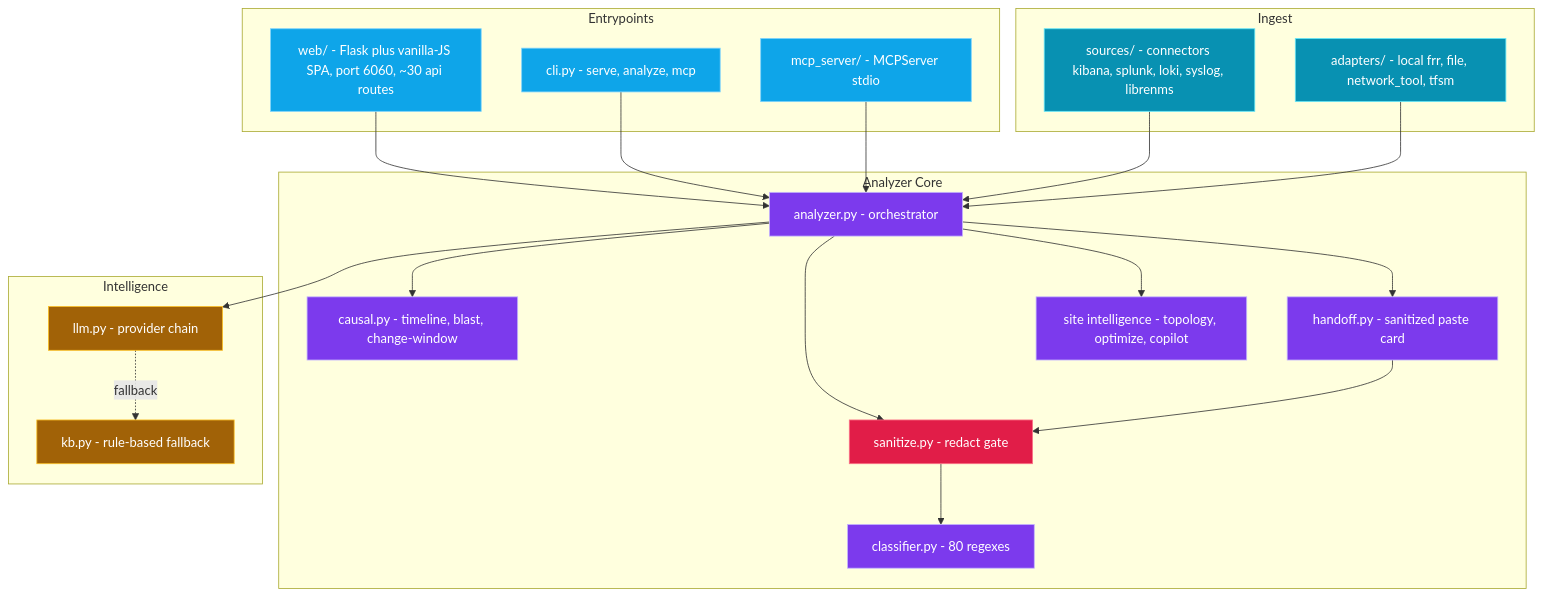
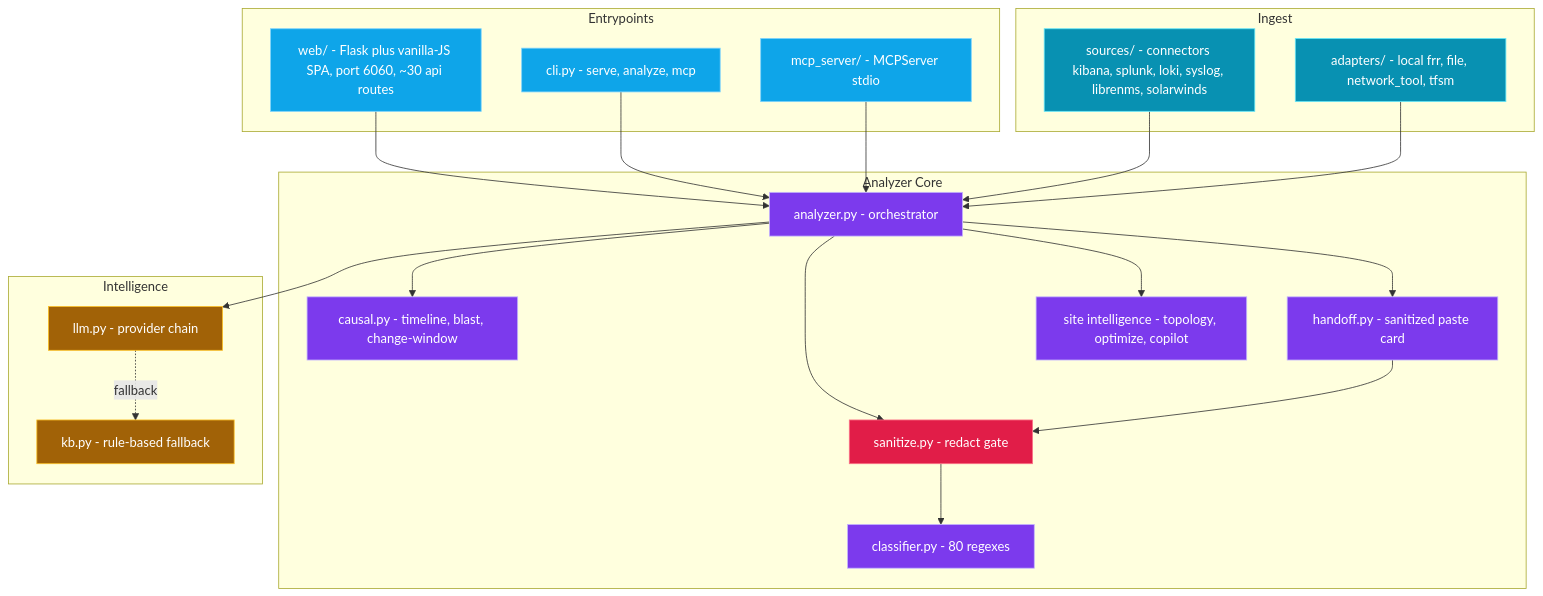
Before and after one commit to gesh75/netlog-ai: the second of 7 diagrams in docs/ARCHITECTURE.md, drawn with Mermaid. The commit also changed other lines of this file and 10 other files, not shown here.

````diff
--- a/docs/ARCHITECTURE.md
+++ b/docs/ARCHITECTURE.md
@@ -81,48 +81,48 @@
 ```mermaid
 flowchart TB
     subgraph ENTRY["Entrypoints"]
         WEB["web/ - Flask plus vanilla-JS SPA, port 6060, ~30 api routes"]
         CLI["cli.py - serve, analyze, mcp"]
         MCP["mcp_server/ - MCPServer stdio"]
     end
 
     subgraph INGEST["Ingest"]
-        SRC["sources/ - connectors kibana, splunk, loki, syslog, librenms"]
+        SRC["sources/ - connectors kibana, splunk, loki, syslog, librenms, solarwinds"]
         ADP["adapters/ - local frr, file, network_tool, tfsm"]
     end
 
     subgraph CORE["Analyzer Core"]
         SAN["sanitize.py - redact gate"]
         CLS["classifier.py - 80 regexes"]
         ANA["analyzer.py - orchestrator"]
         CAU["causal.py - timeline, blast, change-window"]
         HND["handoff.py - sanitized paste card"]
         SITE["site intelligence - topology, optimize, copilot"]
     end
 
     subgraph BRAIN["Intelligence"]
         LLMC["llm.py - provider chain"]
         KB["kb.py - rule-based fallback"]
     end
 
     WEB & CLI & MCP --> ANA
     SRC & ADP --> ANA
     ANA --> SAN --> CLS
     ANA --> CAU
     ANA --> HND --> SAN
     ANA --> SITE
     ANA --> LLMC
     LLMC -.fallback.-> KB
 
     classDef entry fill:#0ea5e9,stroke:#7dd3fc,color:#fff
     classDef in    fill:#0891b2,stroke:#67e8f9,color:#fff
     classDef gate  fill:#e11d48,stroke:#fb7185,color:#fff
     classDef core  fill:#7c3aed,stroke:#c4b5fd,color:#fff
     classDef brain fill:#a16207,stroke:#fbbf24,color:#fff
 
     class WEB,CLI,MCP entry
     class SRC,ADP in
     class SAN gate
     class CLS,ANA,CAU,HND,SITE core
     class LLMC,KB brain
 ```
````
